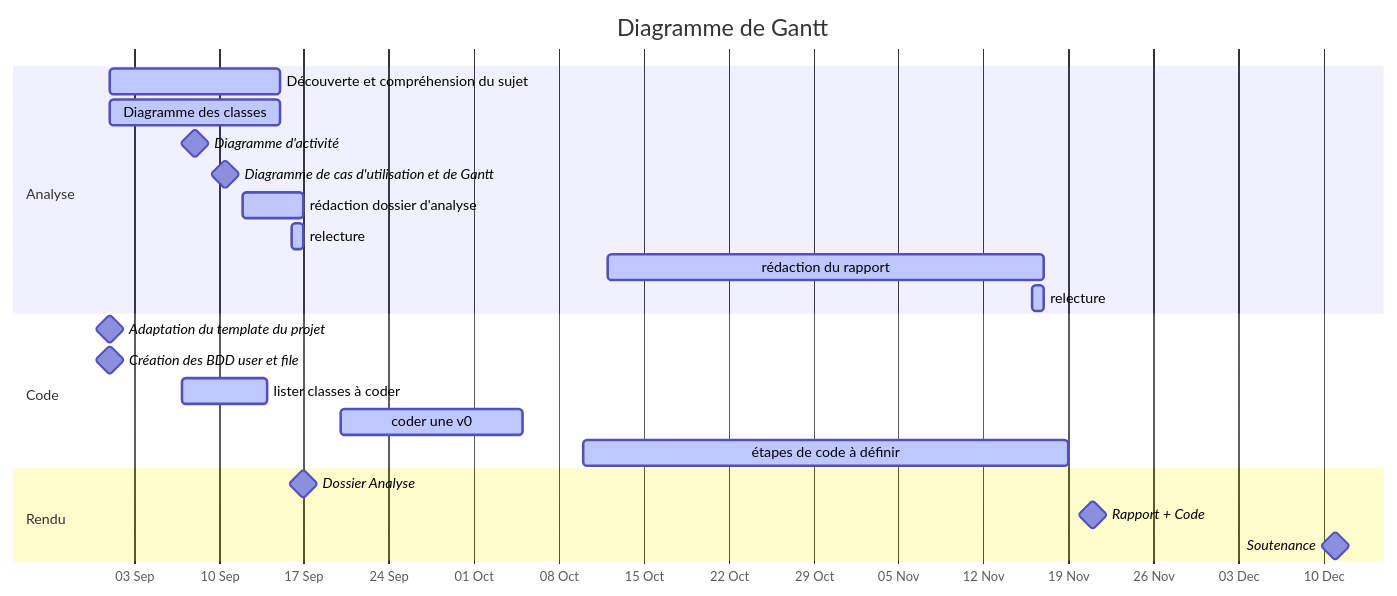
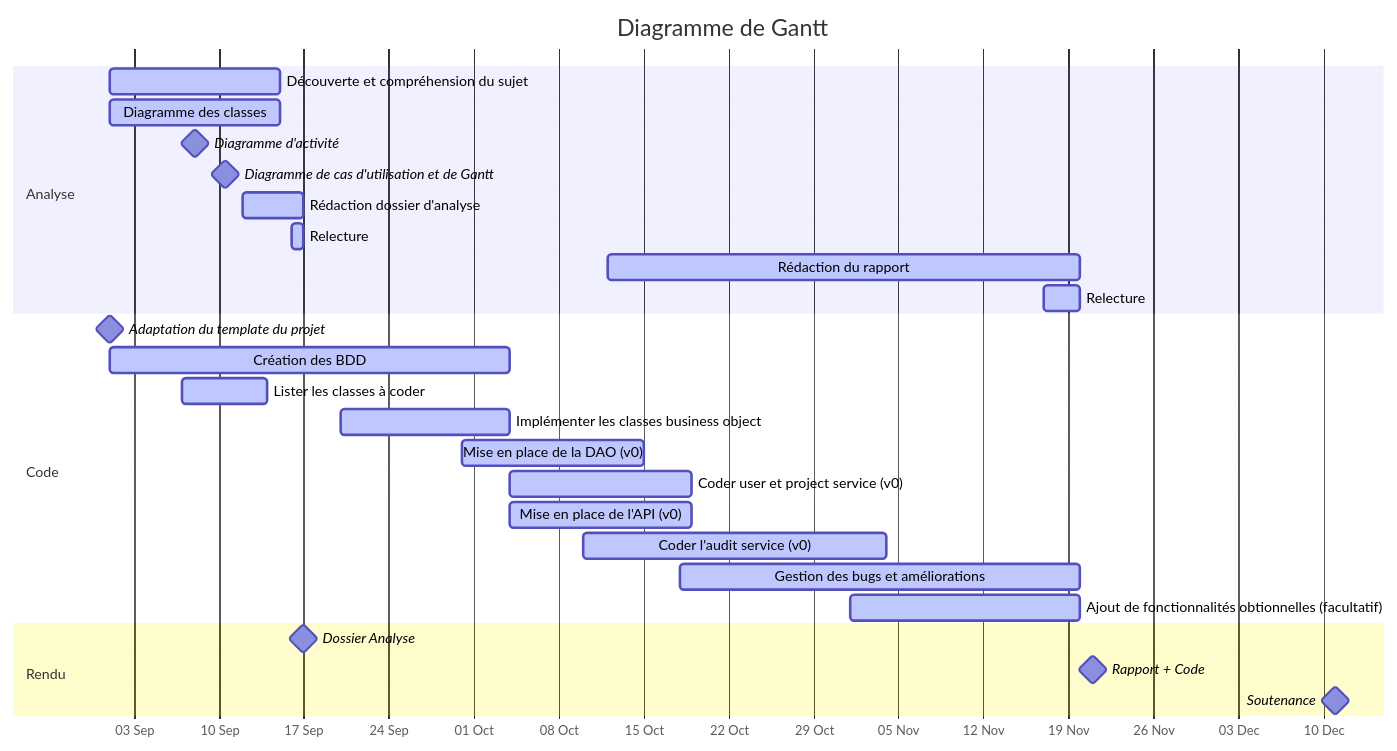
Before and after one commit to galahade-ncl/ensai-it-project-2a-team34: the diagram in doc/gantt_diagram.md, drawn with Mermaid.

Commit message:
docs : Mise à jour du diagramme de Gantt sur le repo

````diff
--- a/doc/gantt_diagram.md
+++ b/doc/gantt_diagram.md
@@ -13,35 +13,40 @@
 ```mermaid
 gantt
     %% doc : https://mermaid-js.github.io/mermaid/#/./gantt
     dateFormat  YYYY-MM-DD
     axisFormat  %d %b
     title       Diagramme de Gantt
     %%excludes  YYYY-MM-DD and/or sunday and/or weekends 
      
     section Analyse  
     Découverte et compréhension du sujet        :active, 2023-09-01, 14d
     Diagramme des classes                       :active, 2023-09-01, 14d
     Diagramme d'activité                        :milestone, 2023-09-08,
     Diagramme de cas d'utilisation et de Gantt             :milestone, 2023-09-13
-    rédaction dossier d'analyse                           :active,    2023-09-12, 2023-09-17
-    relecture                                   :active,    2023-09-16, 2023-09-17
-    rédaction du rapport                           :active,    2023-10-12, 2023-11-17
-    relecture                                   :active,    2023-11-16, 2023-11-17
+    Rédaction dossier d'analyse                           :active,    2023-09-12, 2023-09-17
+    Relecture                                   :active,    2023-09-16, 2023-09-17
+    Rédaction du rapport                           :active,    2023-10-12, 2023-11-20
+    Relecture                                   :active,    2023-11-17, 2023-11-20
 
 
     section Code
     Adaptation du template du projet            :milestone, 2023-09-01, 
-    Création des BDD user et file               :milestone, 2023-09-01, 
-    lister classes à coder                      :active,    2023-09-07, 7d
-    coder une v0                                :active,    2023-09-20, 15d
-    étapes de code à définir                                :active,    2023-10-10, 40d
+    Création des BDD                      :active, 2023-09-01, 33d 
+    Lister les classes à coder                       :active,    2023-09-07, 7d
+    Implémenter les classes business object       :active, 2023-09-20, 14d
+    Mise en place de la DAO (v0)                        :active,    2023-09-30, 15d
+    Coder user et project service (v0)                        :active,    2023-10-4, 15d
+    Mise en place de l'API (v0)                        :active,    2023-10-4, 15d
+    Coder l'audit service (v0)                            :active,    2023-10-10, 25d
+    Gestion des bugs et améliorations                      :active,    2023-10-18, 33d
+    Ajout de fonctionnalités obtionnelles (facultatif)   :active, 2023-11-01, 19d
 
     
     section Rendu
     Dossier Analyse              :milestone, 2023-09-17,
     Rapport + Code               :milestone, 2023-11-21,
     Soutenance                   :milestone, 2023-12-11,
     
 
     %%Stats univariées retraités   :done,         2021-11-28, 3d
 ```
````
